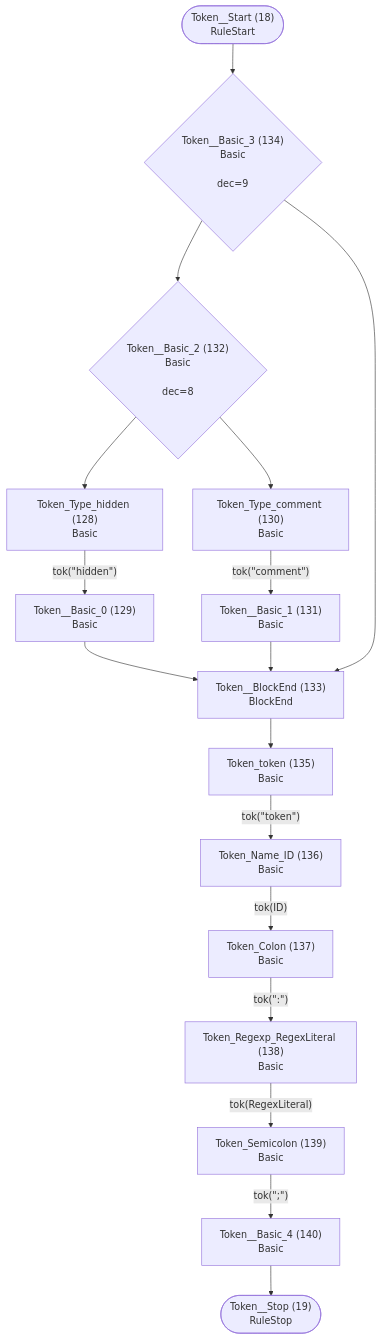
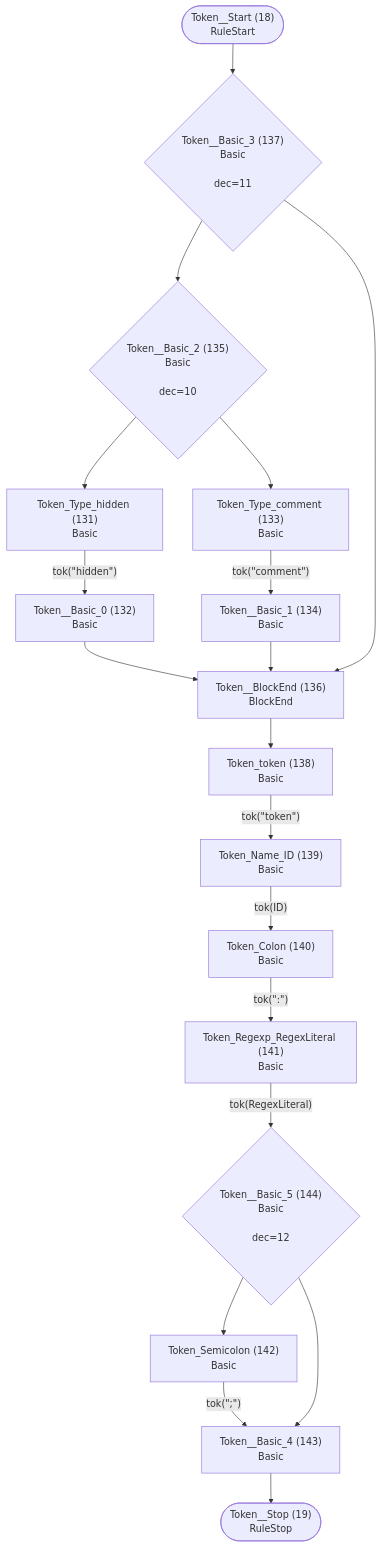
The tenth of 26 diagrams in internal/grammar/atn.md (TypeFox/fastbelt), drawn with Mermaid before and after one commit. The commit also changed other lines of this file and 7 other files, not shown here.

````diff
--- a/internal/grammar/atn.md
+++ b/internal/grammar/atn.md
@@ -261,35 +269,38 @@
 ```mermaid
 flowchart TD
     q18(["Token__Start (18)<br/>RuleStart"])
     q19(["Token__Stop (19)<br/>RuleStop"])
-    q128["Token_Type_hidden (128)<br/>Basic<br/>"]
-    q129["Token__Basic_0 (129)<br/>Basic<br/>"]
-    q130["Token_Type_comment (130)<br/>Basic<br/>"]
-    q131["Token__Basic_1 (131)<br/>Basic<br/>"]
-    q132{"Token__Basic_2 (132)<br/>Basic<br/><br/>dec=8"}
-    q133["Token__BlockEnd (133)<br/>BlockEnd<br/>"]
-    q134{"Token__Basic_3 (134)<br/>Basic<br/><br/>dec=9"}
-    q135["Token_token (135)<br/>Basic<br/>"]
-    q136["Token_Name_ID (136)<br/>Basic<br/>"]
-    q137["Token_Colon (137)<br/>Basic<br/>"]
-    q138["Token_Regexp_RegexLiteral (138)<br/>Basic<br/>"]
-    q139["Token_Semicolon (139)<br/>Basic<br/>"]
-    q140["Token__Basic_4 (140)<br/>Basic<br/>"]
+    q131["Token_Type_hidden (131)<br/>Basic<br/>"]
+    q132["Token__Basic_0 (132)<br/>Basic<br/>"]
+    q133["Token_Type_comment (133)<br/>Basic<br/>"]
+    q134["Token__Basic_1 (134)<br/>Basic<br/>"]
+    q135{"Token__Basic_2 (135)<br/>Basic<br/><br/>dec=10"}
+    q136["Token__BlockEnd (136)<br/>BlockEnd<br/>"]
+    q137{"Token__Basic_3 (137)<br/>Basic<br/><br/>dec=11"}
+    q138["Token_token (138)<br/>Basic<br/>"]
+    q139["Token_Name_ID (139)<br/>Basic<br/>"]
+    q140["Token_Colon (140)<br/>Basic<br/>"]
+    q141["Token_Regexp_RegexLiteral (141)<br/>Basic<br/>"]
+    q142["Token_Semicolon (142)<br/>Basic<br/>"]
+    q143["Token__Basic_4 (143)<br/>Basic<br/>"]
+    q144{"Token__Basic_5 (144)<br/>Basic<br/><br/>dec=12"}
 
-    q18 --> q134
-    q128 -->|"tok(&quot;hidden&quot;)"| q129
-    q129 --> q133
-    q130 -->|"tok(&quot;comment&quot;)"| q131
-    q131 --> q133
-    q132 --> q128
-    q132 --> q130
-    q133 --> q135
-    q134 --> q132
-    q134 --> q133
-    q135 -->|"tok(&quot;token&quot;)"| q136
-    q136 -->|"tok(ID)"| q137
-    q137 -->|"tok(&quot;:&quot;)"| q138
-    q138 -->|"tok(RegexLiteral)"| q139
-    q139 -->|"tok(&quot;;&quot;)"| q140
-    q140 --> q19
+    q18 --> q137
+    q131 -->|"tok(&quot;hidden&quot;)"| q132
+    q132 --> q136
+    q133 -->|"tok(&quot;comment&quot;)"| q134
+    q134 --> q136
+    q135 --> q131
+    q135 --> q133
+    q136 --> q138
+    q137 --> q135
+    q137 --> q136
+    q138 -->|"tok(&quot;token&quot;)"| q139
+    q139 -->|"tok(ID)"| q140
+    q140 -->|"tok(&quot;:&quot;)"| q141
+    q141 -->|"tok(RegexLiteral)"| q144
+    q142 -->|"tok(&quot;;&quot;)"| q143
+    q143 --> q19
+    q144 --> q142
+    q144 --> q143
 ```
````
